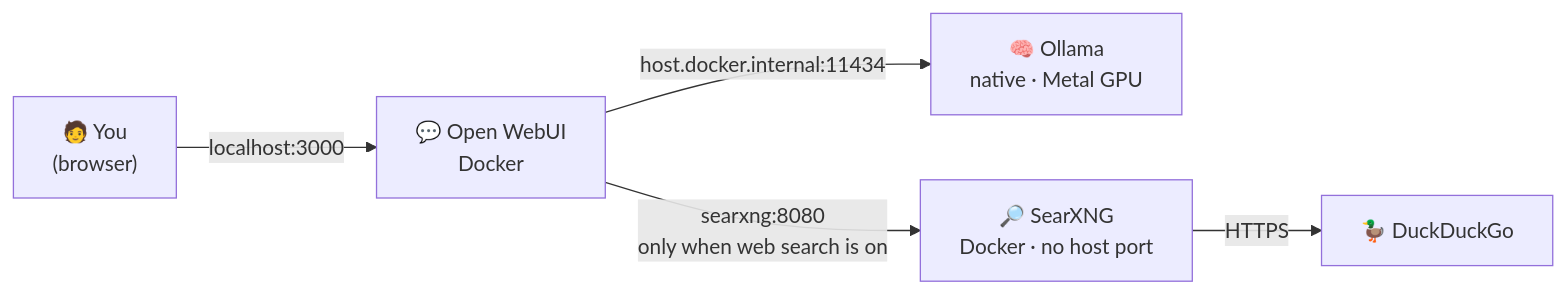
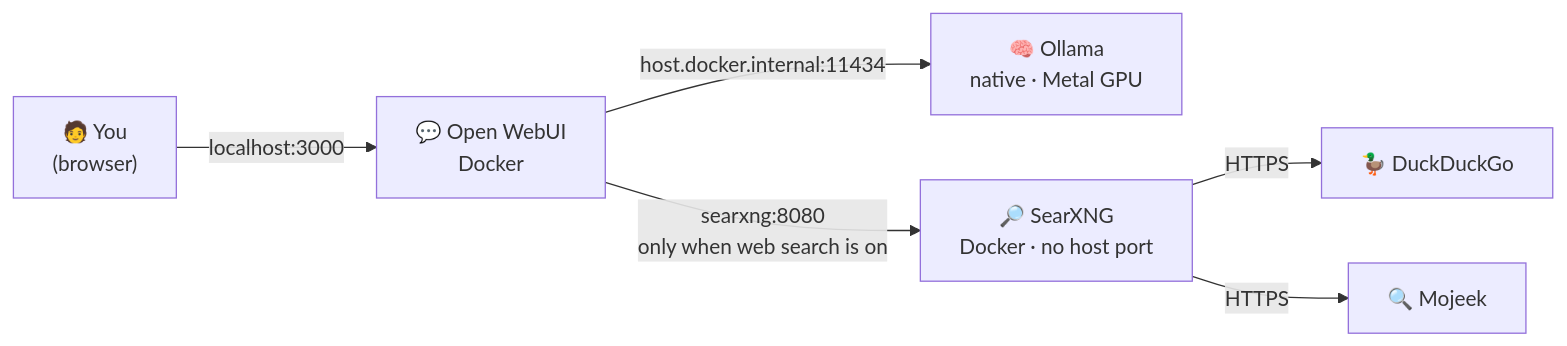
The diagram in README.md (paulmorphic/private-ai-chat), drawn with Mermaid before and after one commit. The commit also changed other lines of this file and 4 other files, not shown here.

````diff
--- a/README.md
+++ b/README.md
@@ -43,7 +43,8 @@
 ```mermaid
 flowchart LR
     You["🧑 You<br/>(browser)"] -->|"localhost:3000"| WebUI["💬 Open WebUI<br/>Docker"]
     WebUI -->|"host.docker.internal:11434"| Ollama["🧠 Ollama<br/>native · Metal GPU"]
     WebUI -->|"searxng:8080<br/>only when web search is on"| SearXNG["🔎 SearXNG<br/>Docker · no host port"]
     SearXNG -->|"HTTPS"| DDG["🦆 DuckDuckGo"]
+    SearXNG -->|"HTTPS"| MJK["🔍 Mojeek"]
 ```
````
